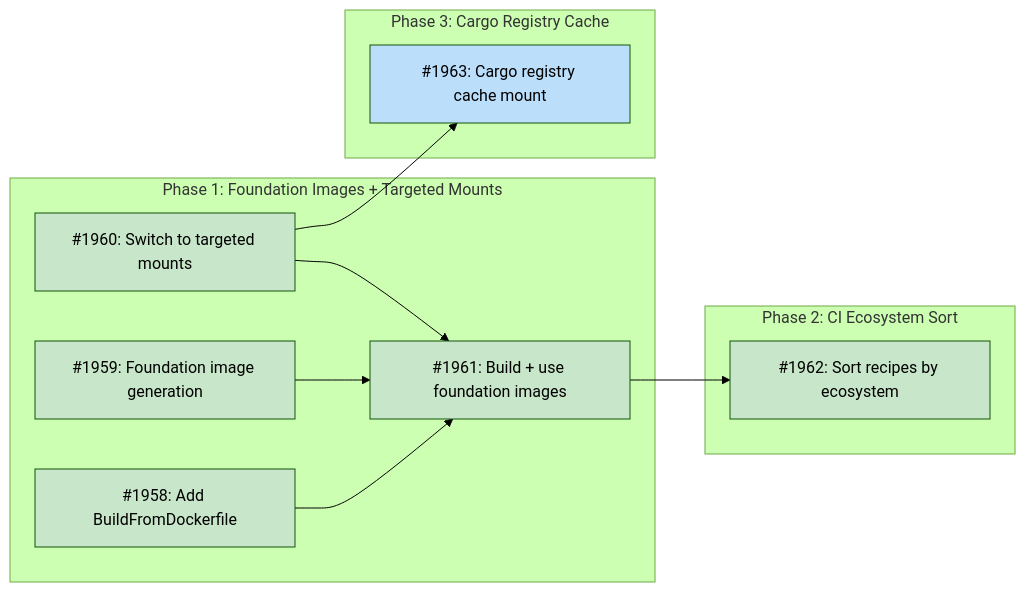
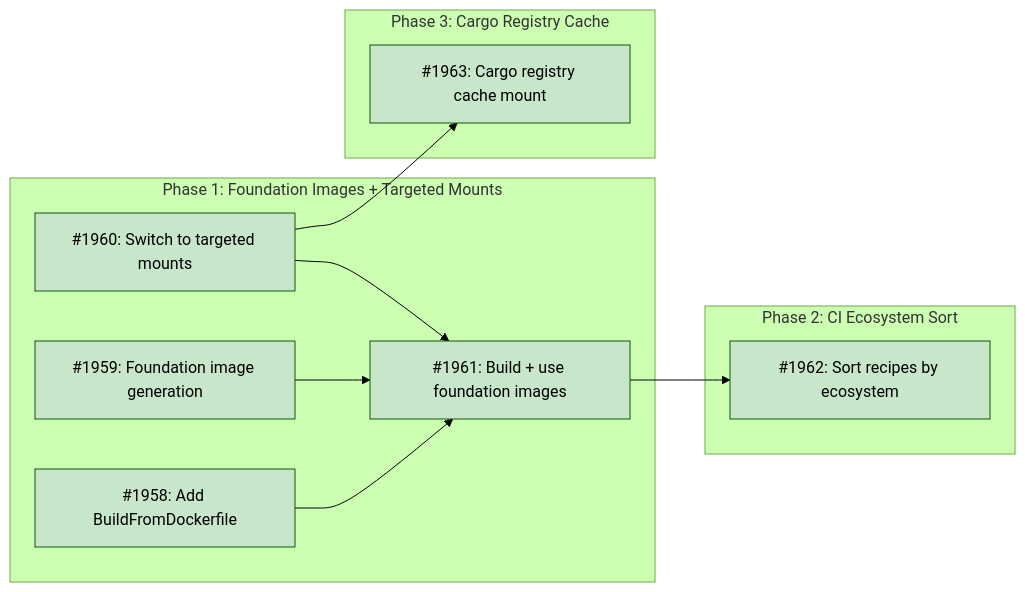
The diagram in docs/designs/DESIGN-sandbox-build-cache.md (tsukumogami/tsuku), drawn with Mermaid (forest theme) before and after one commit. The commit also changed other lines of this file and 2 other files, not shown here.

````diff
--- a/docs/designs/DESIGN-sandbox-build-cache.md
+++ b/docs/designs/DESIGN-sandbox-build-cache.md
@@ -54,32 +54,31 @@
 ```mermaid
 graph LR
     subgraph Phase1["Phase 1: Foundation Images + Targeted Mounts"]
         I1958["#1958: Add BuildFromDockerfile"]
         I1959["#1959: Foundation image generation"]
         I1960["#1960: Switch to targeted mounts"]
         I1961["#1961: Build + use foundation images"]
     end
 
     subgraph Phase2["Phase 2: CI Ecosystem Sort"]
         I1962["#1962: Sort recipes by ecosystem"]
     end
 
     subgraph Phase3["Phase 3: Cargo Registry Cache"]
         I1963["#1963: Cargo registry cache mount"]
     end
 
     I1958 --> I1961
     I1959 --> I1961
     I1960 --> I1961
     I1961 --> I1962
     I1960 --> I1963
 
     classDef done fill:#c8e6c9
     classDef ready fill:#bbdefb
     classDef blocked fill:#fff9c4
     classDef needsDesign fill:#e1bee7
     classDef tracksDesign fill:#FFE0B2,stroke:#F57C00,color:#000
 
-    class I1958,I1959,I1960,I1961,I1962 done
-    class I1963 ready
+    class I1958,I1959,I1960,I1961,I1962,I1963 done
 ```
````
